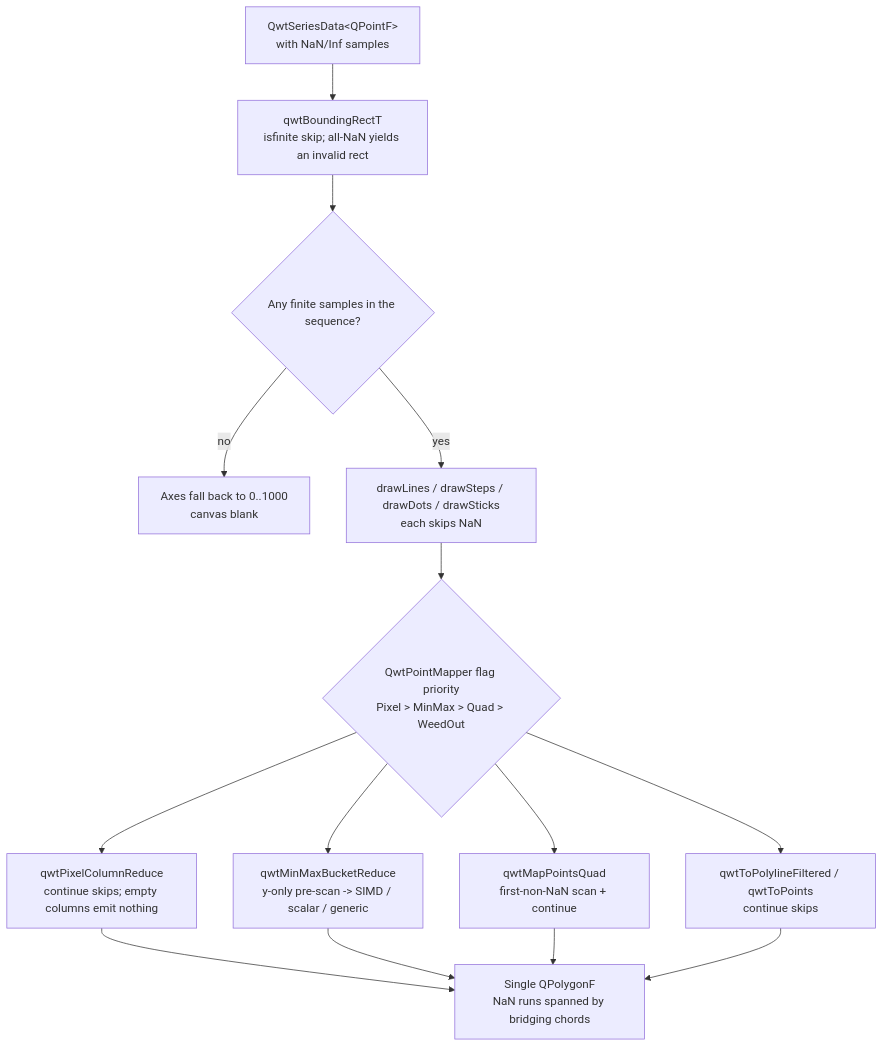
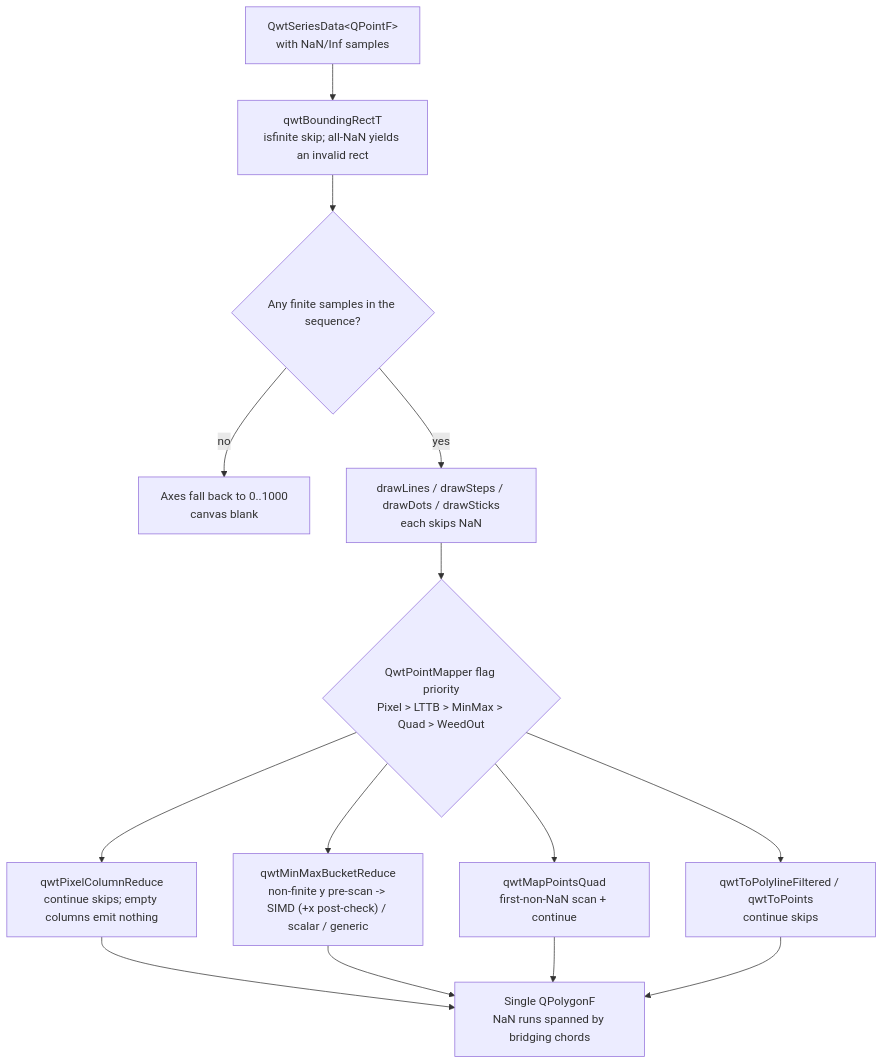
One commit to czyt1988/QWT changed the second of 2 diagrams in docs/tech-report/nan-rendering.md. Above: the diagram before and after it, drawn with Mermaid. The commit also changed other lines of this file and 1 other file, not shown here.

````diff
--- a/docs/tech-report/nan-rendering.md
+++ b/docs/tech-report/nan-rendering.md
@@ -108,16 +109,16 @@
 ```mermaid
 flowchart TD
     A["QwtSeriesData&lt;QPointF&gt;<br/>with NaN/Inf samples"] --> B["qwtBoundingRectT<br/>isfinite skip; all-NaN yields an invalid rect"]
     B --> C{"Any finite samples in the sequence?"}
     C -->|"no"| D["Axes fall back to 0..1000<br/>canvas blank"]
     C -->|"yes"| E["drawLines / drawSteps / drawDots / drawSticks<br/>each skips NaN"]
-    E --> F{"QwtPointMapper flag priority<br/>Pixel &gt; MinMax &gt; Quad &gt; WeedOut"}
+    E --> F{"QwtPointMapper flag priority<br/>Pixel &gt; LTTB &gt; MinMax &gt; Quad &gt; WeedOut"}
     F --> G["qwtPixelColumnReduce<br/>continue skips; empty columns emit nothing"]
-    F --> H["qwtMinMaxBucketReduce<br/>y-only pre-scan -&gt; SIMD / scalar / generic"]
+    F --> H["qwtMinMaxBucketReduce<br/>non-finite y pre-scan -&gt; SIMD (+x post-check) / scalar / generic"]
     F --> I["qwtMapPointsQuad<br/>first-non-NaN scan + continue"]
     F --> J["qwtToPolylineFiltered / qwtToPoints<br/>continue skips"]
     G --> K["Single QPolygonF<br/>NaN runs spanned by bridging chords"]
     H --> K
     I --> K
     J --> K
 ```
````
